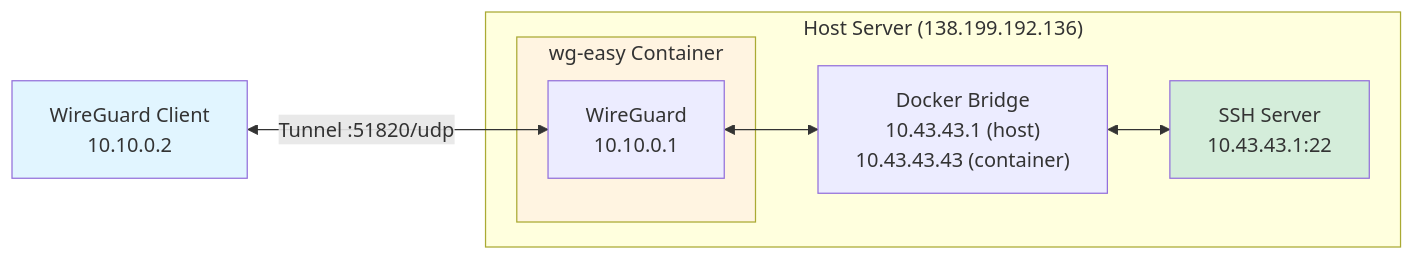
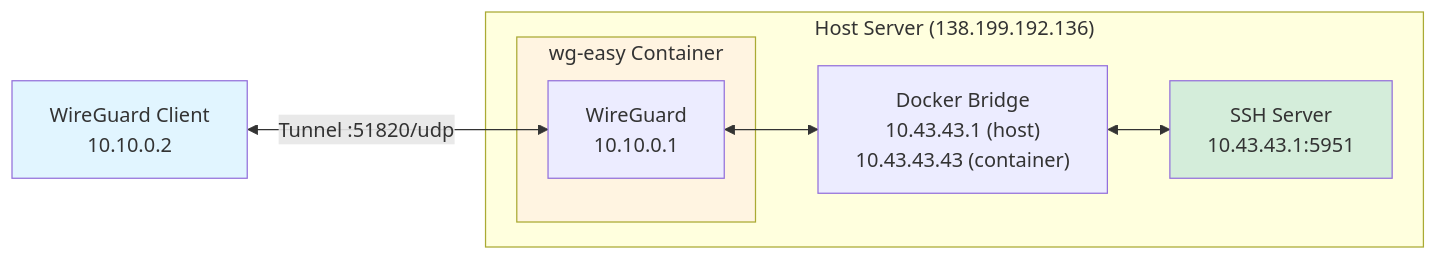
Before and after one commit to simgunz/ansible-claude-server: the diagram in README.md, drawn with Mermaid. The commit also changed other lines of this file and 1 other file, not shown here.

First line of the commit message:
Update inventory and README for SSH port 5951

````diff
--- a/README.md
+++ b/README.md
@@ -112,20 +127,20 @@
 ```mermaid
 graph LR
     Client["WireGuard Client<br/>10.10.0.2"]
 
     subgraph Host["Host Server (138.199.192.136)"]
         subgraph Container["wg-easy Container"]
             WG["WireGuard<br/>10.10.0.1"]
         end
         Bridge["Docker Bridge<br/>10.43.43.1 (host)<br/>10.43.43.43 (container)"]
-        SSH["SSH Server<br/>10.43.43.1:22"]
+        SSH["SSH Server<br/>10.43.43.1:5951"]
     end
 
     Client <--"Tunnel :51820/udp"--> WG
     WG <--> Bridge
     Bridge <--> SSH
 
     style Client fill:#e1f5ff
     style Container fill:#fff4e1
     style SSH fill:#d4edda
 ```
````
